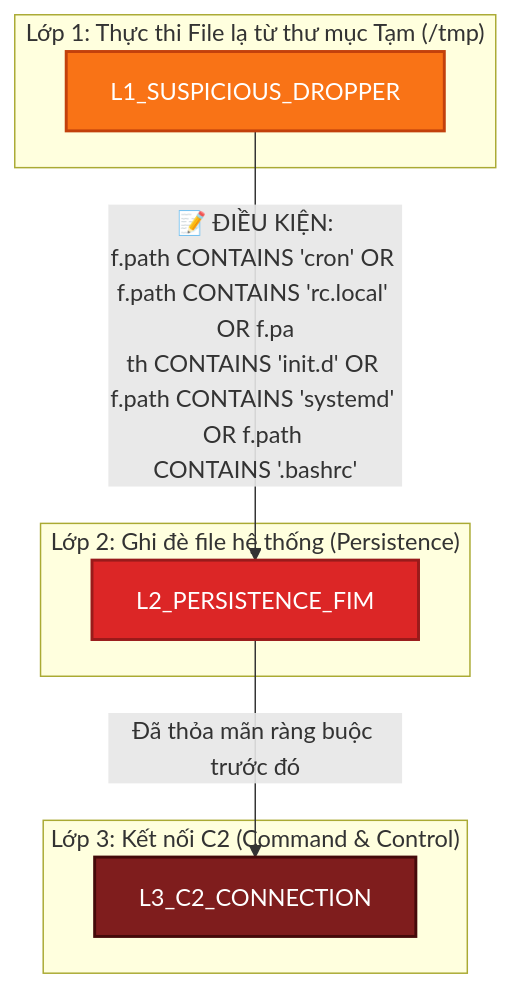
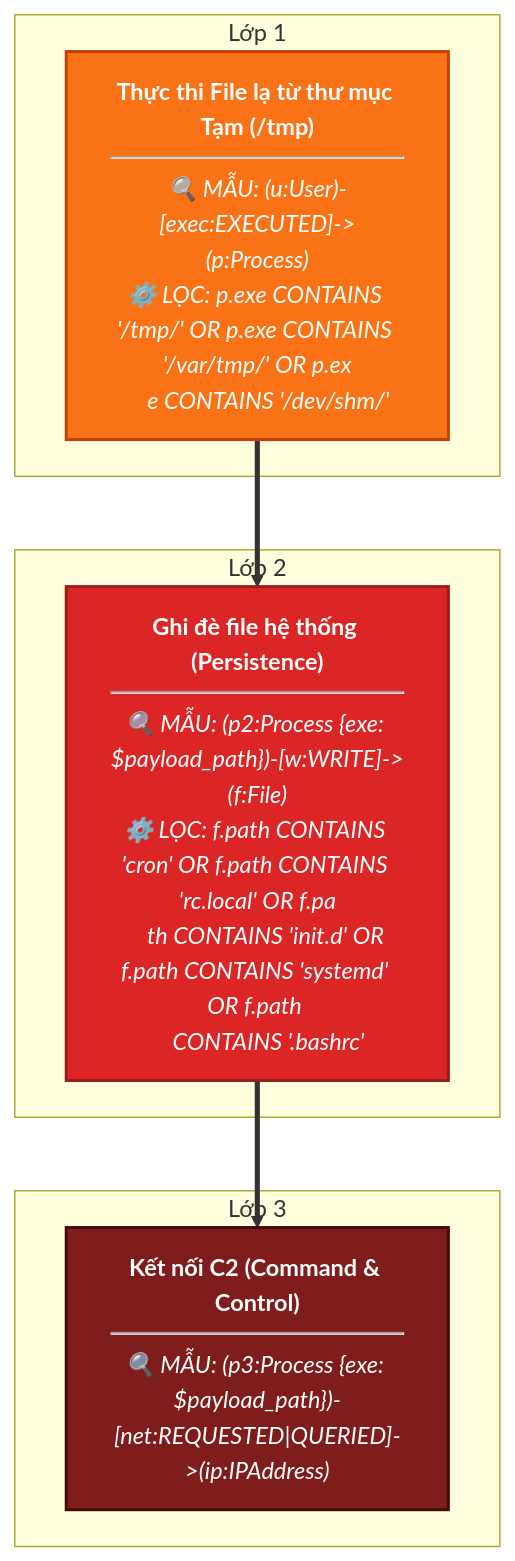
One commit to ttm62/bug-free-doodle changed the fifth of 14 diagrams in all_rules/README.md. Above: the diagram before and after it, drawn with Mermaid. The commit also changed other lines of this file and 31 other files, not shown here.

````diff
--- a/all_rules/README.md
+++ b/all_rules/README.md
@@ -102,19 +72,19 @@
 ```mermaid
 graph TD
     classDef low fill:#fef08a,stroke:#ca8a04,stroke-width:2px,color:#854d0e;
     classDef medium fill:#f97316,stroke:#c2410c,stroke-width:2px,color:#fff;
     classDef high fill:#dc2626,stroke:#991b1b,stroke-width:2px,color:#fff;
     classDef critical fill:#7f1d1d,stroke:#450a0a,stroke-width:2px,color:#fff;
 
-    subgraph Layer1 ["Lớp 1: Thực thi File lạ từ thư mục Tạm (/tmp)"]
-        L1_SUSPICIOUS_DROPPER["L1_SUSPICIOUS_DROPPER"]:::medium
+    subgraph Layer_L1_SUSPICIOUS_DROPPER ["Lớp 1"]
+        L1_SUSPICIOUS_DROPPER["<b>Thực thi File lạ từ thư mục Tạm (/tmp)</b><br/><hr/><i>🔍 MẪU: (u:User)-[exec:EXECUTED]->(p:Process)<br/>⚙️ LỌC: p.exe CONTAINS '/tmp/' OR p.exe CONTAINS '/var/tmp/' OR p.ex<br/>&nbsp;&nbsp;&nbsp;&nbsp;e CONTAINS '/dev/shm/'</i>"]:::medium
     end
-    subgraph Layer2 ["Lớp 2: Ghi đè file hệ thống (Persistence)"]
-        L2_PERSISTENCE_FIM["L2_PERSISTENCE_FIM"]:::high
+    subgraph Layer_L2_PERSISTENCE_FIM ["Lớp 2"]
+        L2_PERSISTENCE_FIM["<b>Ghi đè file hệ thống (Persistence)</b><br/><hr/><i>🔍 MẪU: (p2:Process {exe: $payload_path})-[w:WRITE]->(f:File)<br/>⚙️ LỌC: f.path CONTAINS 'cron' OR f.path CONTAINS 'rc.local' OR f.pa<br/>&nbsp;&nbsp;&nbsp;&nbsp;th CONTAINS 'init.d' OR f.path CONTAINS 'systemd' OR f.path <br/>&nbsp;&nbsp;&nbsp;&nbsp;CONTAINS '.bashrc'</i>"]:::high
     end
-    L1_SUSPICIOUS_DROPPER -->|"📝 ĐIỀU KIỆN:<br/>f.path CONTAINS 'cron' OR f.path CONTAINS 'rc.local' OR f.pa<br/>th CONTAINS 'init.d' OR f.path CONTAINS 'systemd' OR f.path <br/>CONTAINS '.bashrc'"| L2_PERSISTENCE_FIM
-    subgraph Layer3 ["Lớp 3: Kết nối C2 (Command & Control)"]
-        L3_C2_CONNECTION["L3_C2_CONNECTION"]:::critical
+    L1_SUSPICIOUS_DROPPER ==> L2_PERSISTENCE_FIM
+    subgraph Layer_L3_C2_CONNECTION ["Lớp 3"]
+        L3_C2_CONNECTION["<b>Kết nối C2 (Command & Control)</b><br/><hr/><i>🔍 MẪU: (p3:Process {exe: $payload_path})-[net:REQUESTED|QUERIED]->(ip:IPAddress)</i>"]:::critical
     end
-    L2_PERSISTENCE_FIM -->|"Đã thỏa mãn ràng buộc trước đó"| L3_C2_CONNECTION
+    L2_PERSISTENCE_FIM ==> L3_C2_CONNECTION
 ```
````
